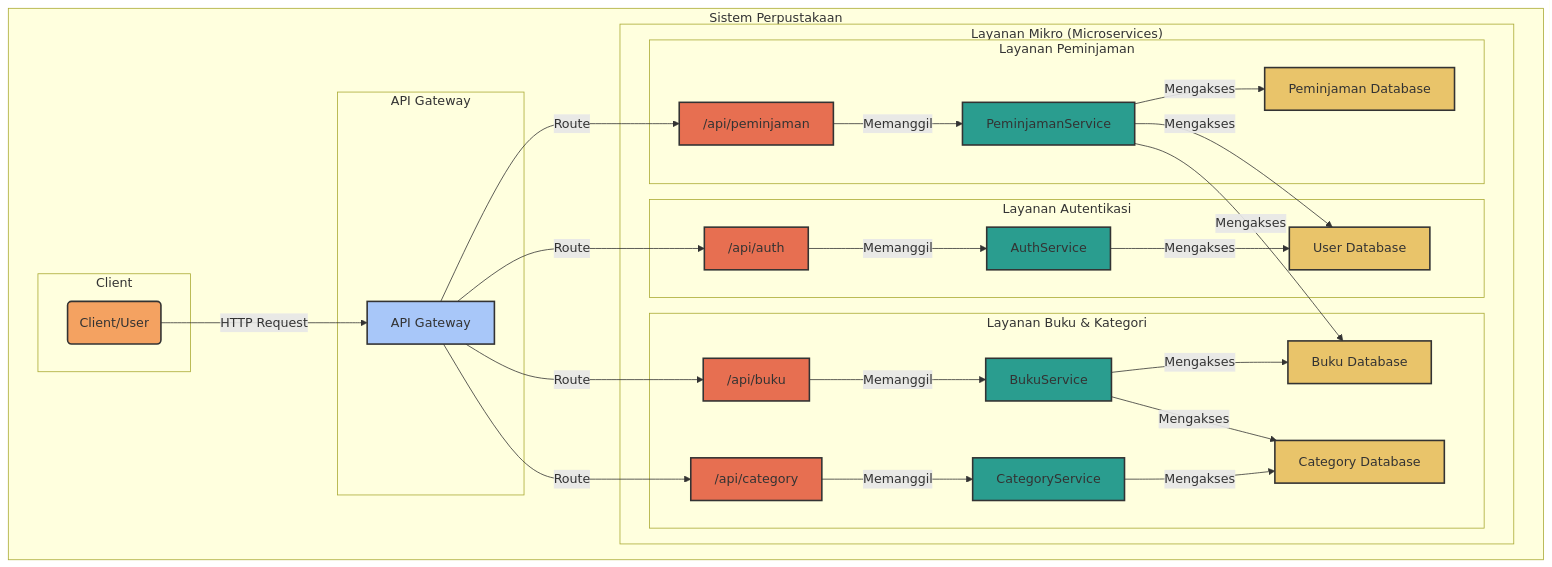
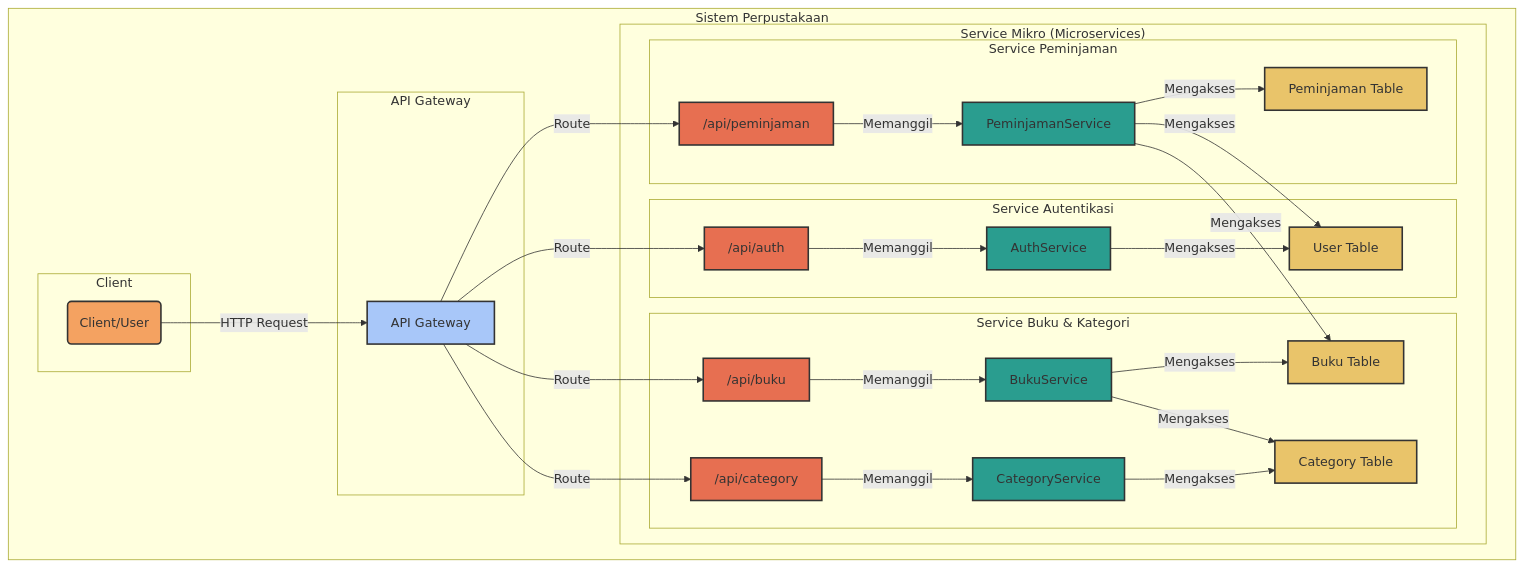
Before and after one commit to Arss011/library-management-system: the second of 2 diagrams in README.md, drawn with Mermaid. The commit also changed 2 other files, not shown here.

Commit message:
docs: menambahkan dokumentasi project library management system di README

````diff
--- a/README.md
+++ b/README.md
@@ -42,73 +42,73 @@
 ```mermaid
 graph TD
     subgraph "Sistem Perpustakaan"
         subgraph "Client"
             C(Client/User)
         end
 
         subgraph "API Gateway"
             API[API Gateway]
         end
 
-        subgraph "Layanan Mikro (Microservices)"
-            subgraph "Layanan Autentikasi"
+        subgraph "Service Mikro (Microservices)"
+            subgraph "Service Autentikasi"
                 AuthController["/api/auth"]
                 AuthService[AuthService]
-                UserDB[User Database]
+                UserDB[User Table]
             end
 
-            subgraph "Layanan Buku & Kategori"
+            subgraph "Service Buku & Kategori"
                 BukuController["/api/buku"]
                 CategoryController["/api/category"]
                 BukuService[BukuService]
                 CategoryService[CategoryService]
-                BukuDB[Buku Database]
-                CategoryDB[Category Database]
+                BukuDB[Buku Table]
+                CategoryDB[Category Table]
             end
 
-            subgraph "Layanan Peminjaman"
+            subgraph "Service Peminjaman"
                 PeminjamanController["/api/peminjaman"]
                 PeminjamanService[PeminjamanService]
-                PeminjamanDB[Peminjaman Database]
+                PeminjamanDB[Peminjaman Table]
             end
         end
     end
 
     %% Hubungan
     C -- "HTTP Request" --> API
     API -- "Route" --> AuthController
     API -- "Route" --> BukuController
     API -- "Route" --> CategoryController
     API -- "Route" --> PeminjamanController
 
     AuthController -- "Memanggil" --> AuthService
     AuthService -- "Mengakses" --> UserDB
 
     BukuController -- "Memanggil" --> BukuService
     BukuService -- "Mengakses" --> BukuDB
     BukuService -- "Mengakses" --> CategoryDB
 
     CategoryController -- "Memanggil" --> CategoryService
     CategoryService -- "Mengakses" --> CategoryDB
 
     PeminjamanController -- "Memanggil" --> PeminjamanService
     PeminjamanService -- "Mengakses" --> PeminjamanDB
     PeminjamanService -- "Mengakses" --> BukuDB
     PeminjamanService -- "Mengakses" --> UserDB
 
     %% Styling untuk visual yang lebih jelas
     style C fill:#f4a261,stroke:#333,stroke-width:2px
     style API fill:#a8c7f9,stroke:#333,stroke-width:2px
     style AuthController fill:#e76f51,stroke:#333,stroke-width:2px
     style BukuController fill:#e76f51,stroke:#333,stroke-width:2px
     style CategoryController fill:#e76f51,stroke:#333,stroke-width:2px
     style PeminjamanController fill:#e76f51,stroke:#333,stroke-width:2px
     style AuthService fill:#2a9d8f,stroke:#333,stroke-width:2px
     style BukuService fill:#2a9d8f,stroke:#333,stroke-width:2px
     style CategoryService fill:#2a9d8f,stroke:#333,stroke-width:2px
     style PeminjamanService fill:#2a9d8f,stroke:#333,stroke-width:2px
     style UserDB fill:#e9c46a,stroke:#333,stroke-width:2px
     style BukuDB fill:#e9c46a,stroke:#333,stroke-width:2px
     style CategoryDB fill:#e9c46a,stroke:#333,stroke-width:2px
     style PeminjamanDB fill:#e9c46a,stroke:#333,stroke-width:2px
 ```
````
